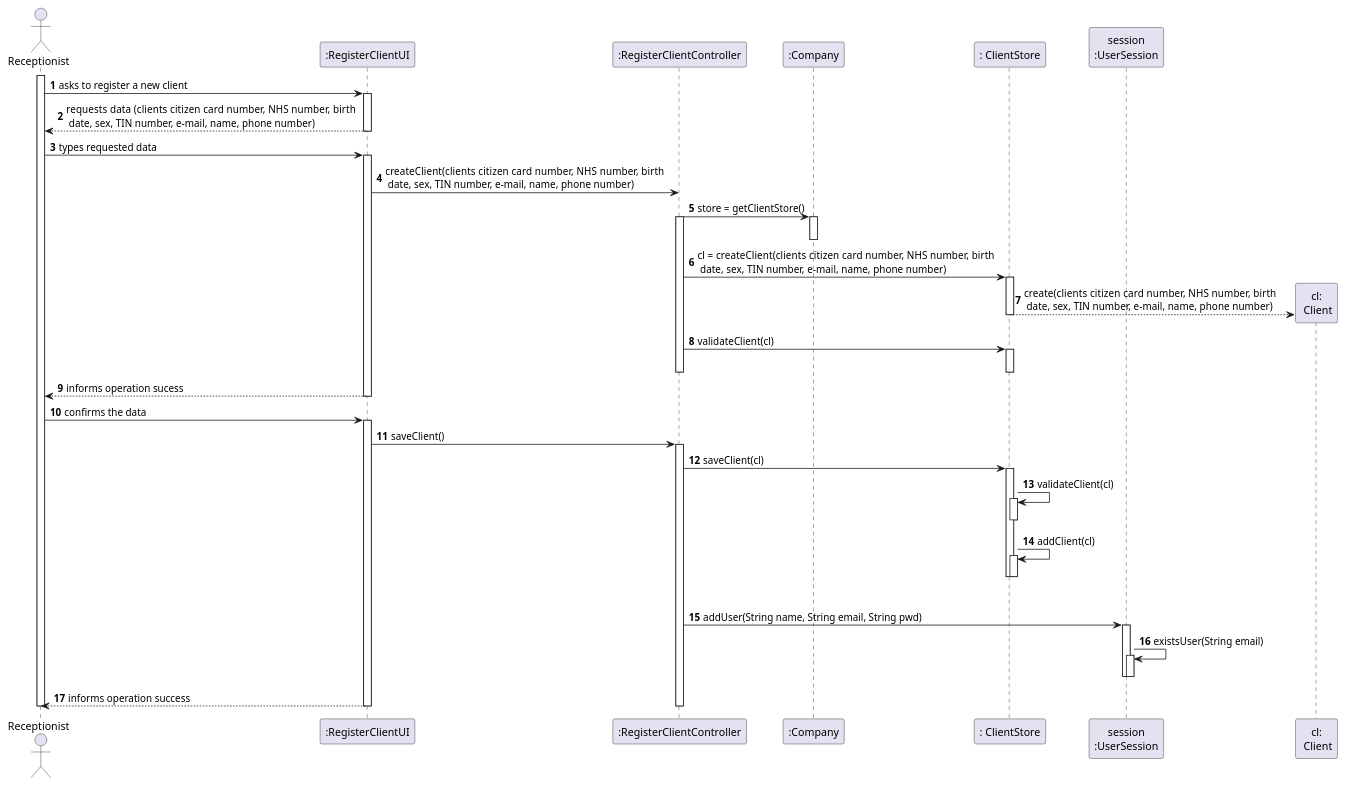
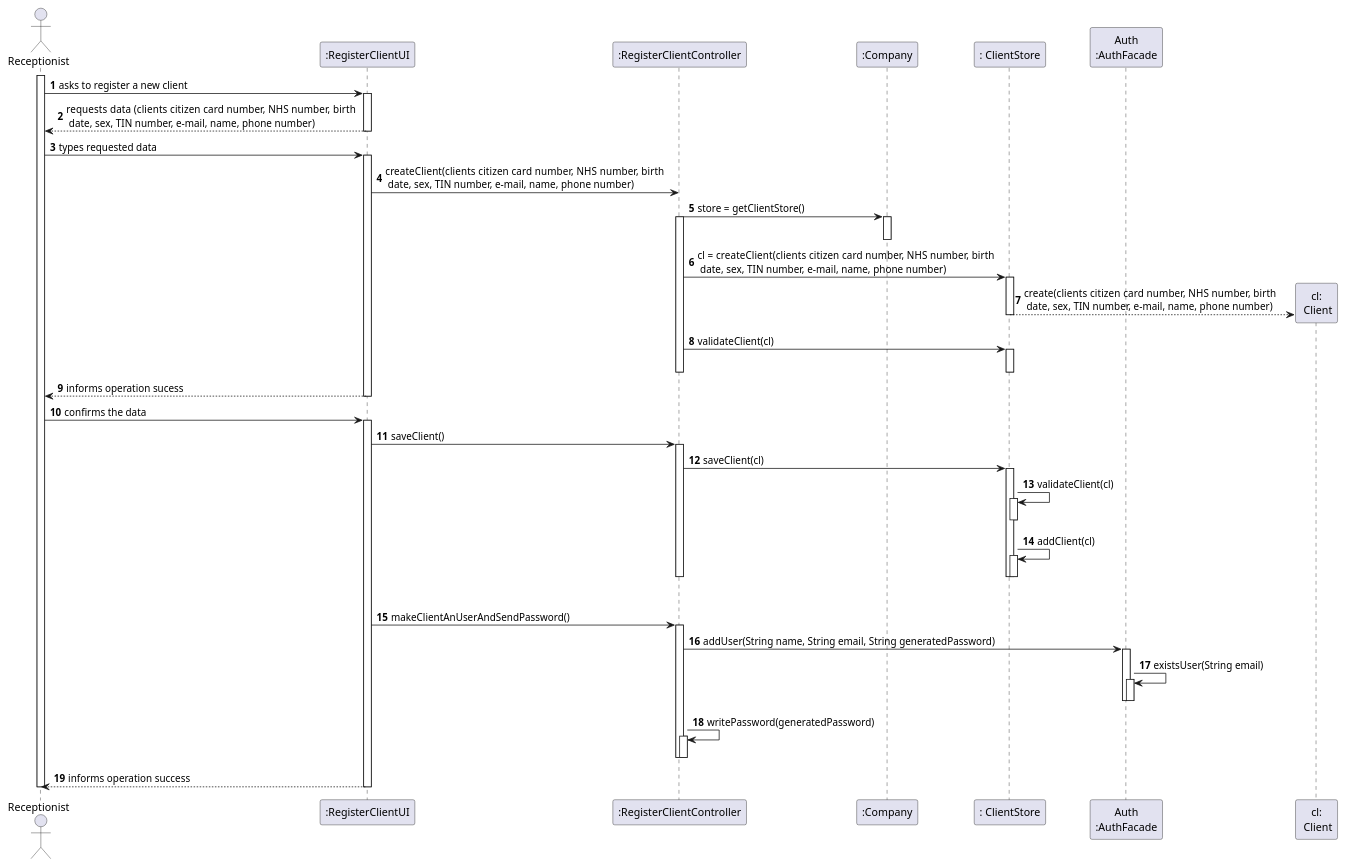
The diagram in docs/SprintB/US_3/US3_SD.puml (ana-albergaria/LAPR2-ISEP), drawn with PlantUML before and after one commit. The commit also changed 9 other files, not shown here.

```diff
--- a/docs/SprintB/US_3/US3_SD.puml
+++ b/docs/SprintB/US_3/US3_SD.puml
@@ -1,90 +1,98 @@
 @startuml
 autonumber
 'hide footbox
 actor "Receptionist" as RC
 
 participant ":RegisterClientUI" as UI
 participant ":RegisterClientController" as CTRL
 participant ":Company" as CP
 participant ": ClientStore" as CS
-participant "session\n:UserSession" as SESSAO
+participant "Auth\n:AuthFacade" as SESSAO
 participant "cl:\n Client" as CL
 
 
 activate RC
 RC -> UI : asks to register a new client
 activate UI
 UI --> RC : requests data (clients citizen card number, NHS number,  birth \n date, sex, TIN number, e-mail, name, phone number)
 deactivate UI
 
 RC -> UI : types requested data
 activate UI
 
 UI -> CTRL : createClient(clients citizen card number, NHS number,  birth \n date, sex, TIN number, e-mail, name, phone number)
 
 CTRL -> CP : store = getClientStore()
 activate CP
 deactivate CP
 activate CTRL
 CTRL -> CS : cl = createClient(clients citizen card number, NHS number,  birth \n date, sex, TIN number, e-mail, name, phone number)
 activate CS
 CS -->  CL** : create(clients citizen card number, NHS number,  birth \n date, sex, TIN number, e-mail, name, phone number)
 deactivate CS
 
 CTRL -> CS : validateClient(cl)
 activate CS
 
 deactivate CS
 deactivate CTRL
 
 UI --> RC : informs operation sucess
 deactivate CS
 deactivate UI
 
 RC -> UI : confirms the data
 activate UI
 
 UI -> CTRL : saveClient()
 activate CTRL
 
 CTRL -> CS : saveClient(cl)
 activate CS
 CS -> CS : validateClient(cl)
 activate CS
 deactivate CS
 CS -> CS : addClient(cl)
 activate CS
 deactivate CS
 |||
 deactivate CS
+deactivate CTRL
+UI -> CTRL : makeClientAnUserAndSendPassword()
+activate CTRL
 
-CTRL -> SESSAO : addUser(String name, String email, String pwd)
+CTRL -> SESSAO : addUser(String name, String email, String generatedPassword)
 activate SESSAO
 SESSAO -> SESSAO : existsUser(String email)
 activate SESSAO
 deactivate SESSAO
 deactivate SESSAO
+
+CTRL -> CTRL : writePassword(generatedPassword)
+activate CTRL
+deactivate CTRL
+deactivate CTRL
 
 
 
 
 
 
 
 
 
 
 UI --> RC: informs operation success
 
 deactivate CP
 deactivate CTRL
 deactivate UI
 
 
 
 deactivate CTRL
 deactivate UI
 
 deactivate RC
 
 @enduml
```
